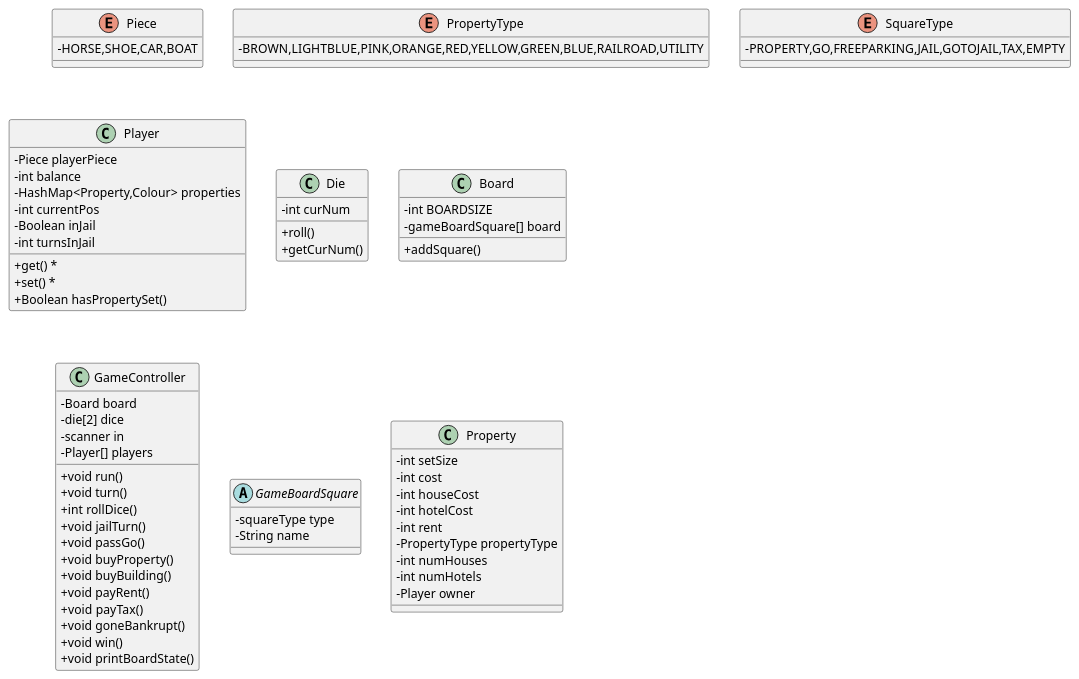
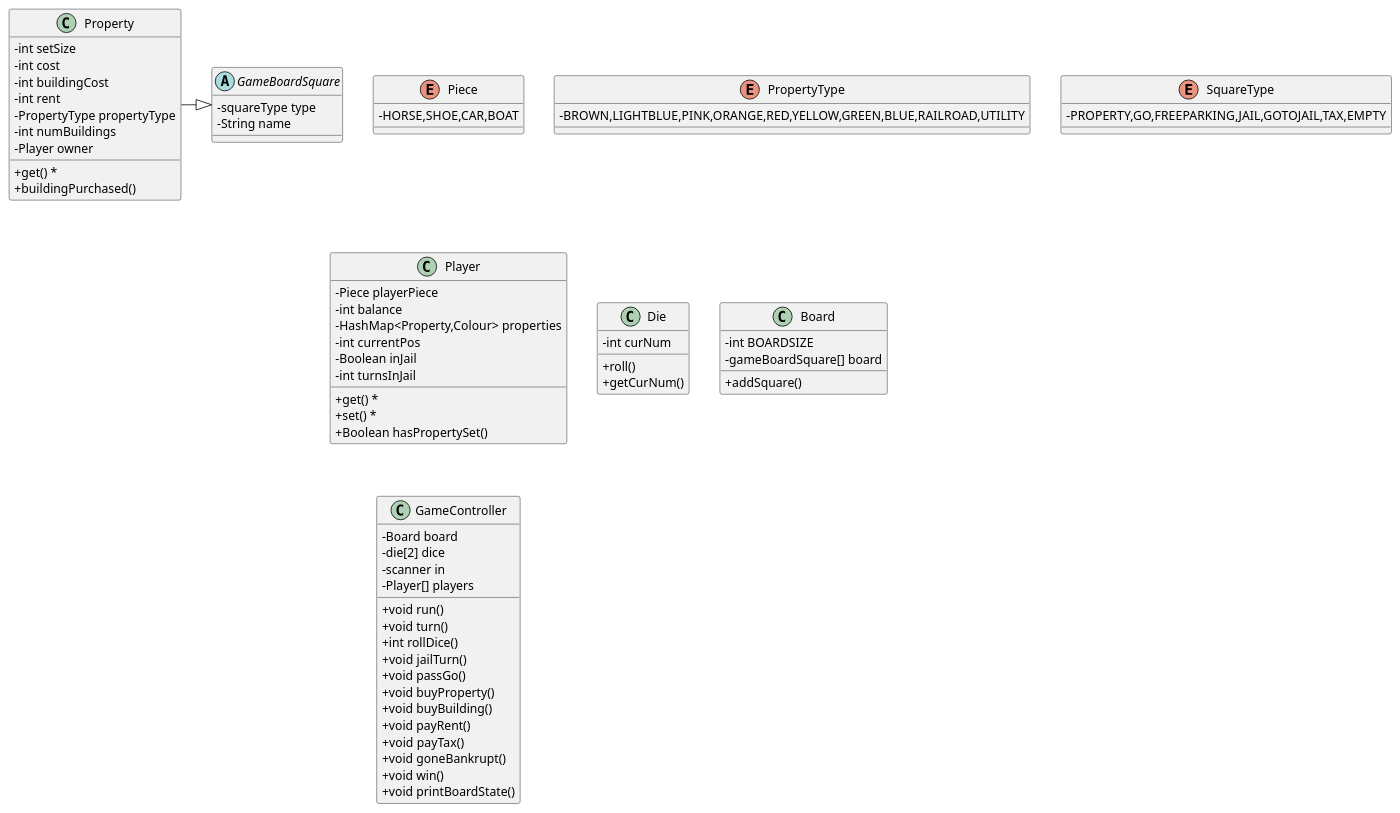
The diagram in src/UML.puml (Everfeather/monopoly_12), drawn with PlantUML before and after one commit. The commit also changed 1 other file, not shown here.

Commit message:
Added Property class, created getters, and a buildingPurchased methode to change the appropriate object variables.

```diff
--- a/src/UML.puml
+++ b/src/UML.puml
@@ -1,81 +1,82 @@
 @startuml
 
 'https://plantuml.com/class-diagram
 skinparam classAttributeIconSize 0
-
+Property -|> GameBoardSquare
 
 enum Piece{
     -HORSE,SHOE,CAR,BOAT
 }
 
 enum PropertyType{
     -BROWN,LIGHTBLUE,PINK,ORANGE,RED,YELLOW,GREEN,BLUE,RAILROAD,UTILITY
 }
 
 enum SquareType{
     -PROPERTY,GO,FREEPARKING,JAIL,GOTOJAIL,TAX,EMPTY
 }
 
 class Player{
     -Piece playerPiece
     -int balance
     -HashMap<Property,Colour> properties
     -int currentPos
     -Boolean inJail
     -int turnsInJail
     + get() *
     + set() *
     + Boolean hasPropertySet()
 }
 
 class Die{
     -int curNum
     +roll()
     +getCurNum()
 }
 
 class Board{
     - int BOARDSIZE
     - gameBoardSquare[] board
     + addSquare()
 }
 
 class GameController{
     -Board board
     -die[2] dice
     -scanner in
     -Player[] players
     +void run()
     +void turn()
     +int rollDice()
     +void jailTurn()
     +void passGo()
     +void buyProperty()
     +void buyBuilding()
     +void payRent()
     +void payTax()
     +void goneBankrupt()
     +void win()
     +void printBoardState()
 
 }
 
 abstract class GameBoardSquare{
     -squareType type
     -String name
 }
 
 class Property {
     -int setSize
     -int cost
-    -int houseCost
-    -int hotelCost
+    -int buildingCost
     -int rent
     -PropertyType propertyType
-    -int numHouses
-    -int numHotels
+    -int numBuildings
     -Player owner
+    +get() *
+    +buildingPurchased()
+
 }
 
 
 @enduml
```
